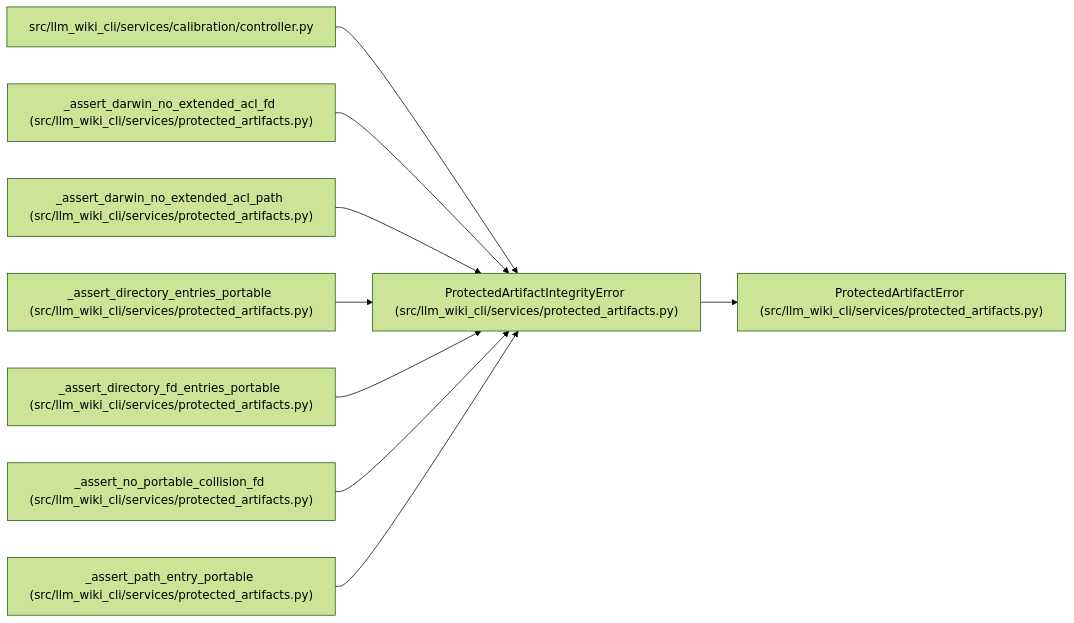
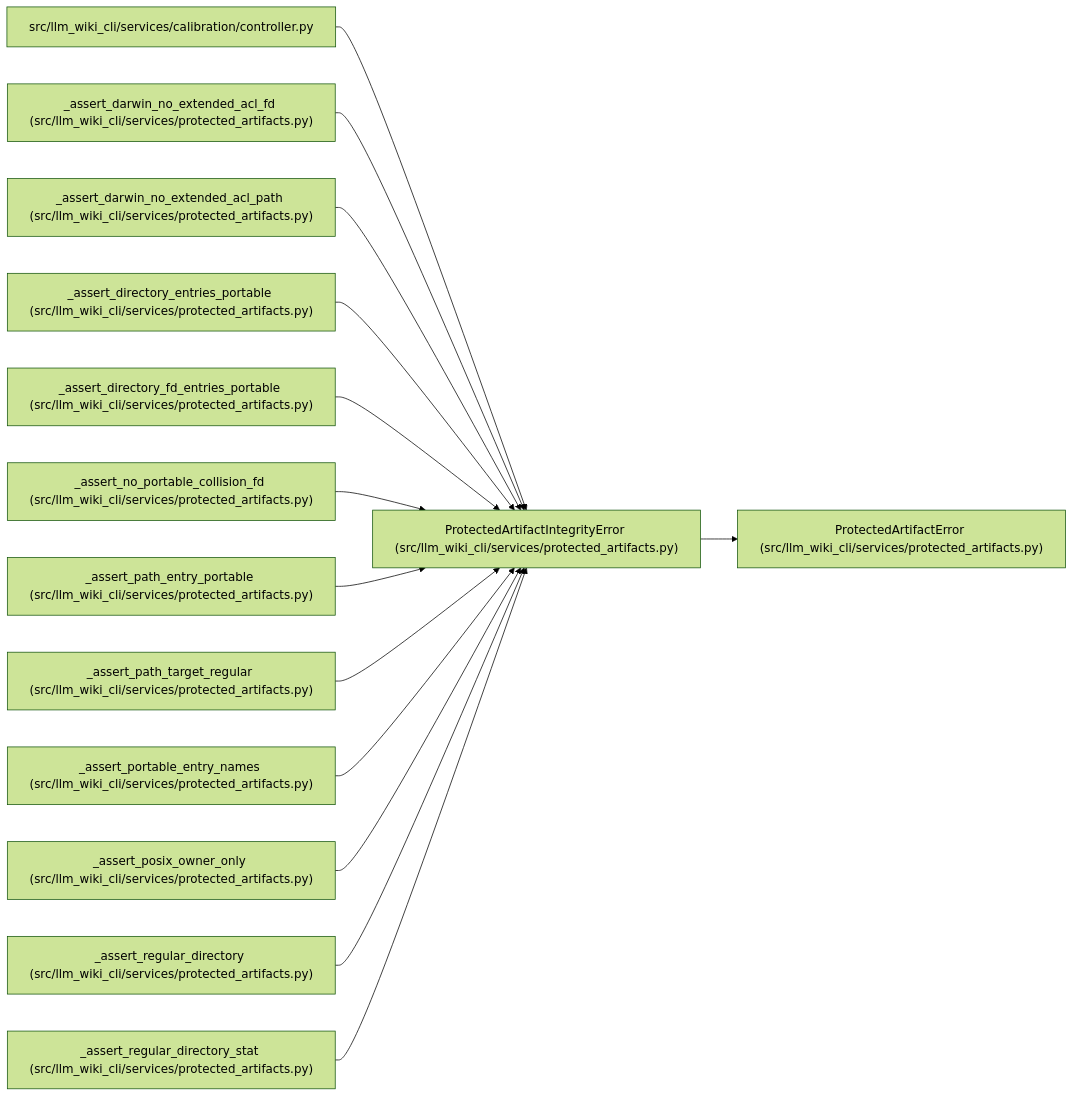
One commit to Denissvgn/python-wiki-llm changed the diagram in docs/llm_wiki/entities/ProtectedArtifactIntegrityError.md. Above: the diagram before and after it, drawn with Mermaid (forest theme). The commit also changed other lines of this file and 493 other files, not shown here.

````diff
--- a/docs/llm_wiki/entities/ProtectedArtifactIntegrityError.md
+++ b/docs/llm_wiki/entities/ProtectedArtifactIntegrityError.md
@@ -23,29 +23,44 @@
 ```mermaid
 flowchart LR
     n0["ProtectedArtifactIntegrityError (src/llm_wiki_cli/services/protected_artifacts.py)"]
     n1["ProtectedArtifactError (src/llm_wiki_cli/services/protected_artifacts.py)"]
     n2["src/llm_wiki_cli/services/calibration/controller.py"]
     n3["_assert_darwin_no_extended_acl_fd (src/llm_wiki_cli/services/protected_artifacts.py)"]
     n4["_assert_darwin_no_extended_acl_path (src/llm_wiki_cli/services/protected_artifacts.py)"]
     n5["_assert_directory_entries_portable (src/llm_wiki_cli/services/protected_artifacts.py)"]
     n6["_assert_directory_fd_entries_portable (src/llm_wiki_cli/services/protected_artifacts.py)"]
     n7["_assert_no_portable_collision_fd (src/llm_wiki_cli/services/protected_artifacts.py)"]
     n8["_assert_path_entry_portable (src/llm_wiki_cli/services/protected_artifacts.py)"]
+    n9["_assert_path_target_regular (src/llm_wiki_cli/services/protected_artifacts.py)"]
+    n10["_assert_portable_entry_names (src/llm_wiki_cli/services/protected_artifacts.py)"]
+    n11["_assert_posix_owner_only (src/llm_wiki_cli/services/protected_artifacts.py)"]
+    n12["_assert_regular_directory (src/llm_wiki_cli/services/protected_artifacts.py)"]
+    n13["_assert_regular_directory_stat (src/llm_wiki_cli/services/protected_artifacts.py)"]
     n0 --> n1
     n2 --> n0
     n3 --> n0
     n4 --> n0
     n5 --> n0
     n6 --> n0
     n7 --> n0
     n8 --> n0
+    n9 --> n0
+    n10 --> n0
+    n11 --> n0
+    n12 --> n0
+    n13 --> n0
     click n0 "../modules/protected_artifacts.md"
     click n1 "../modules/protected_artifacts.md"
     click n2 "../modules/controller.md"
     click n3 "../modules/protected_artifacts.md"
     click n4 "../modules/protected_artifacts.md"
     click n5 "../modules/protected_artifacts.md"
     click n6 "../modules/protected_artifacts.md"
     click n7 "../modules/protected_artifacts.md"
     click n8 "../modules/protected_artifacts.md"
+    click n9 "../modules/protected_artifacts.md"
+    click n10 "../modules/protected_artifacts.md"
+    click n11 "../modules/protected_artifacts.md"
+    click n12 "../modules/protected_artifacts.md"
+    click n13 "../modules/protected_artifacts.md"
 ```
````
